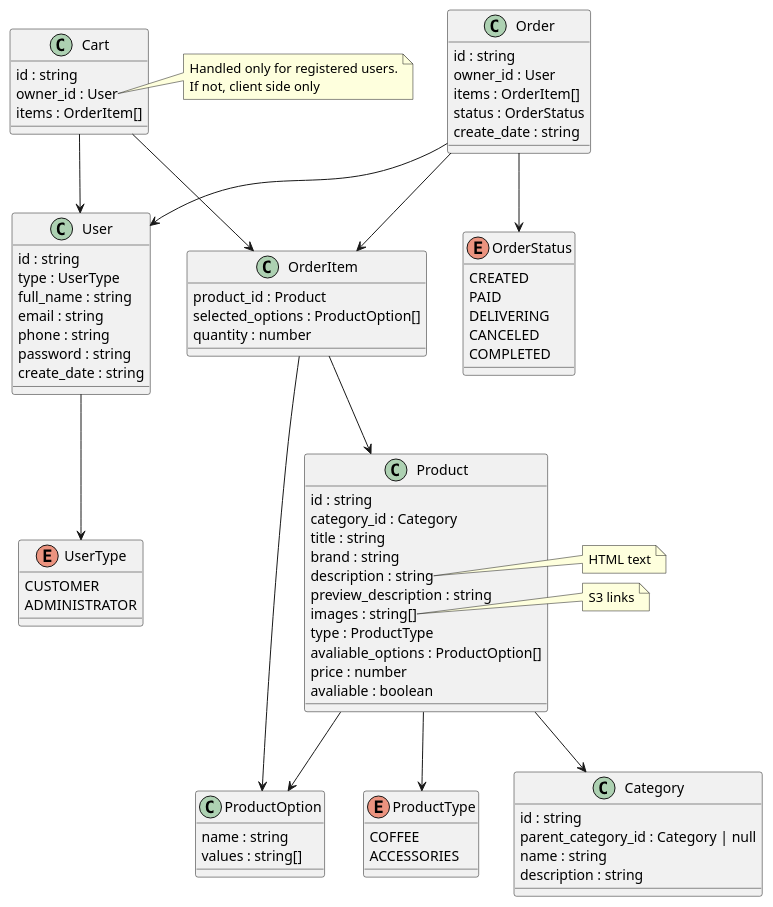
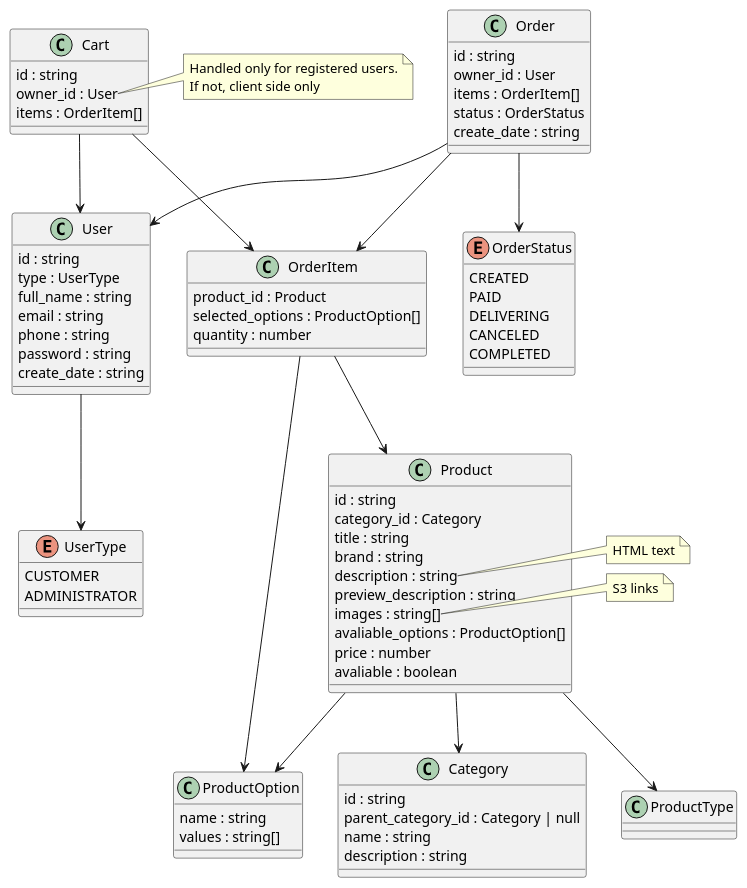
One commit to async-devil/coffee-e-shop changed the diagram in docs/models.puml. Above: the diagram before and after it, drawn with PlantUML.

Commit message:
docs: update models documentation

```diff
--- a/docs/models.puml
+++ b/docs/models.puml
@@ -1,107 +1,101 @@
 @startuml models
 
 class User {
   id : string
   type : UserType
   full_name : string
   email : string
   phone : string
   password : string
   create_date : string
 }
 
 enum UserType {
   CUSTOMER
   ADMINISTRATOR
 }
 
 class Product {
   id : string
   category_id : Category
   title : string
   brand : string
   description : string
   preview_description : string
   images : string[]
-  type : ProductType
   avaliable_options : ProductOption[]
   price : number
   avaliable : boolean
 }
 
 note right of Product::description
   HTML text
 end note
 
 note right of Product::images
   S3 links
 end note
-
-enum ProductType {
-  COFFEE
-  ACCESSORIES
-}
 
 class ProductOption {
   name : string
   values : string[]
 }
 
 class Category {
   id : string
   parent_category_id : Category | null
   name : string
   description : string
 }
 
 class Order {
   id : string
   owner_id : User
   items : OrderItem[]
   status : OrderStatus
   create_date : string
 }
 
 enum OrderStatus {
   CREATED
   PAID
   DELIVERING
   CANCELED
   COMPLETED
 }
 
 class OrderItem {
   product_id : Product
   selected_options : ProductOption[]
   quantity : number
 }
 
 class Cart {
   id : string
   owner_id : User
   items : OrderItem[]
 }
 
 note right of Cart::owner_id
   Handled only for registered users.
   If not, client side only
 end note
 
 
 User --> UserType
 
 Product --> ProductType
 Product --> ProductOption
 Product --> Category
 
 Order --> User
 Order --> OrderItem
 Order --> OrderStatus
 
 OrderItem --> Product
 OrderItem --> ProductOption
 
 Cart --> User
 Cart --> OrderItem
 
 @enduml
```
